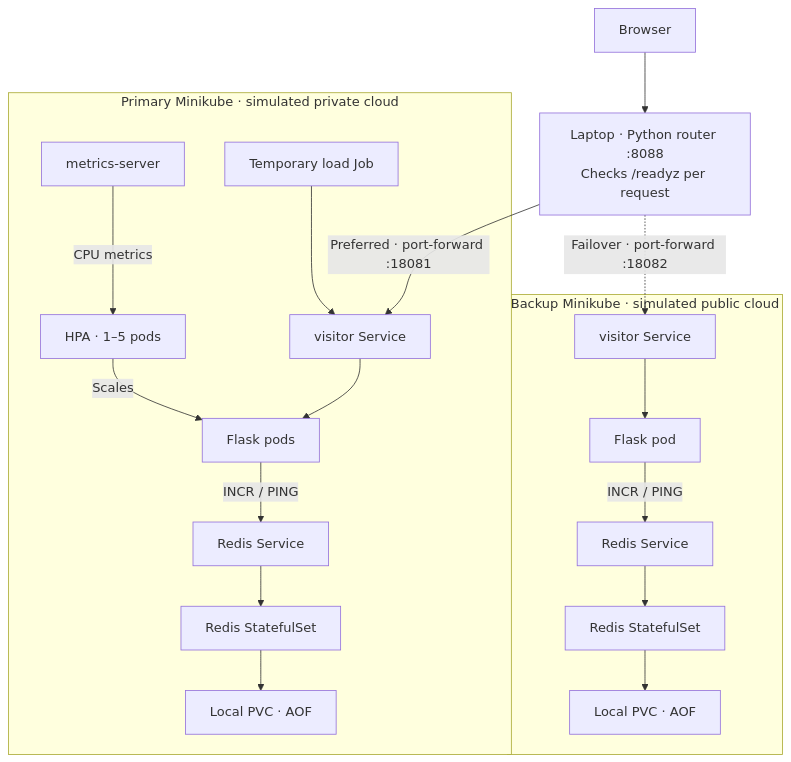
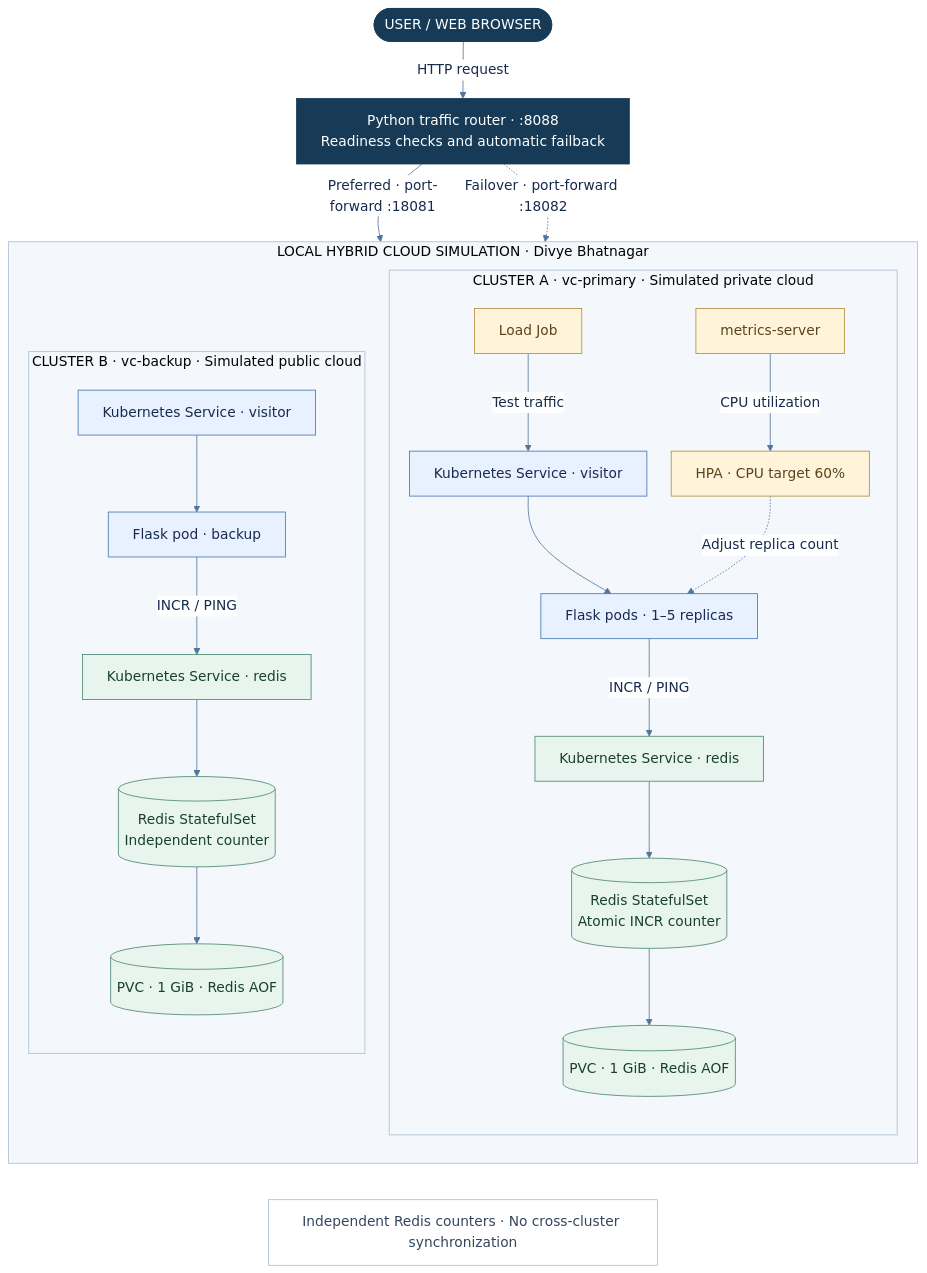
The diagram in architecture/visitor-counter.mmd (DivyeBhatnagar/Cloud-Computing-Project-Visitor-Count-), drawn with Mermaid before and after one commit. The commit also changed 6 other files, not shown here.

Commit message:
Replace architecture with Mermaid render and restore report color figures

```diff
--- a/architecture/visitor-counter.mmd
+++ b/architecture/visitor-counter.mmd
@@ -1,19 +1,62 @@
+---
+config:
+  theme: base
+  themeVariables:
+    fontFamily: Arial
+    fontSize: 17px
+    primaryColor: "#ffffff"
+    primaryTextColor: "#172b4d"
+    primaryBorderColor: "#51769c"
+    lineColor: "#51769c"
+    clusterBkg: "#f4f8fc"
+    clusterBorder: "#a9bed3"
+  flowchart:
+    wrappingWidth: 420
+    htmlLabels: true
+    curve: basis
+    nodeSpacing: 30
+    rankSpacing: 45
+---
 flowchart TB
-    U["Browser"] --> R["Laptop · Python router :8088<br/>Checks /readyz per request"]
-    R -->|"Preferred · port-forward :18081"| PS
-    R -.->|"Failover · port-forward :18082"| BS
-    subgraph P["Primary Minikube · simulated private cloud"]
-      PS["visitor Service"] --> PF["Flask pods"]
-      PF -->|"INCR / PING"| PRS["Redis Service"]
-      PRS --> PR["Redis StatefulSet"]
-      PR --> PV["Local PVC · AOF"]
-      PM["metrics-server"] -->|"CPU metrics"| PH["HPA · 1–5 pods"]
-      PH -->|"Scales"| PF
-      PL["Temporary load Job"] --> PS
+    USER(["USER / WEB BROWSER"])
+    ROUTER["Python traffic router · :8088<br/>Readiness checks and automatic failback"]
+    USER -->|"HTTP request"| ROUTER
+    subgraph HOST["LOCAL HYBRID CLOUD SIMULATION · Divye Bhatnagar"]
+      direction TB
+      subgraph PRIMARY["CLUSTER A · vc-primary · Simulated private cloud"]
+        direction TB
+        SA["Kubernetes Service · visitor"]
+        FA["Flask pods · 1–5 replicas"]
+        RSA["Kubernetes Service · redis"]
+        RA[("Redis StatefulSet<br/>Atomic INCR counter")]
+        PA[("PVC · 1 GiB · Redis AOF")]
+        SA --> FA -->|"INCR / PING"| RSA --> RA --> PA
+        MA["metrics-server"] -->|"CPU utilization"| HA["HPA · CPU target 60%"]
+        HA -.->|"Adjust replica count"| FA
+        LA["Load Job"] -->|"Test traffic"| SA
+      end
+      subgraph BACKUP["CLUSTER B · vc-backup · Simulated public cloud"]
+        direction TB
+        SB["Kubernetes Service · visitor"]
+        FB["Flask pod · backup"]
+        RSB["Kubernetes Service · redis"]
+        RB[("Redis StatefulSet<br/>Independent counter")]
+        PB[("PVC · 1 GiB · Redis AOF")]
+        SB --> FB -->|"INCR / PING"| RSB --> RB --> PB
+      end
     end
-    subgraph B["Backup Minikube · simulated public cloud"]
-      BS["visitor Service"] --> BF["Flask pod"]
-      BF -->|"INCR / PING"| BRS["Redis Service"]
-      BRS --> BR["Redis StatefulSet"]
-      BR --> BV["Local PVC · AOF"]
-    end
+    ROUTER -->|"Preferred · port-forward :18081"| SA
+    ROUTER -.->|"Failover · port-forward :18082"| SB
+    NOTE["Independent Redis counters · No cross-cluster synchronization"]
+    PA ~~~ NOTE
+    PB ~~~ NOTE
+    classDef entry fill:#173b56,color:#ffffff,stroke:#173b56
+    classDef app fill:#e7f1ff,stroke:#4474ae,color:#172b4d
+    classDef data fill:#e8f5ef,stroke:#48856c,color:#183f30
+    classDef control fill:#fff3da,stroke:#b18b39,color:#59441b
+    classDef note fill:#ffffff,stroke:#a9bed3,color:#33465c
+    class USER,ROUTER entry
+    class SA,FA,SB,FB app
+    class RSA,RA,PA,RSB,RB,PB data
+    class MA,HA,LA control
+    class NOTE note
```
